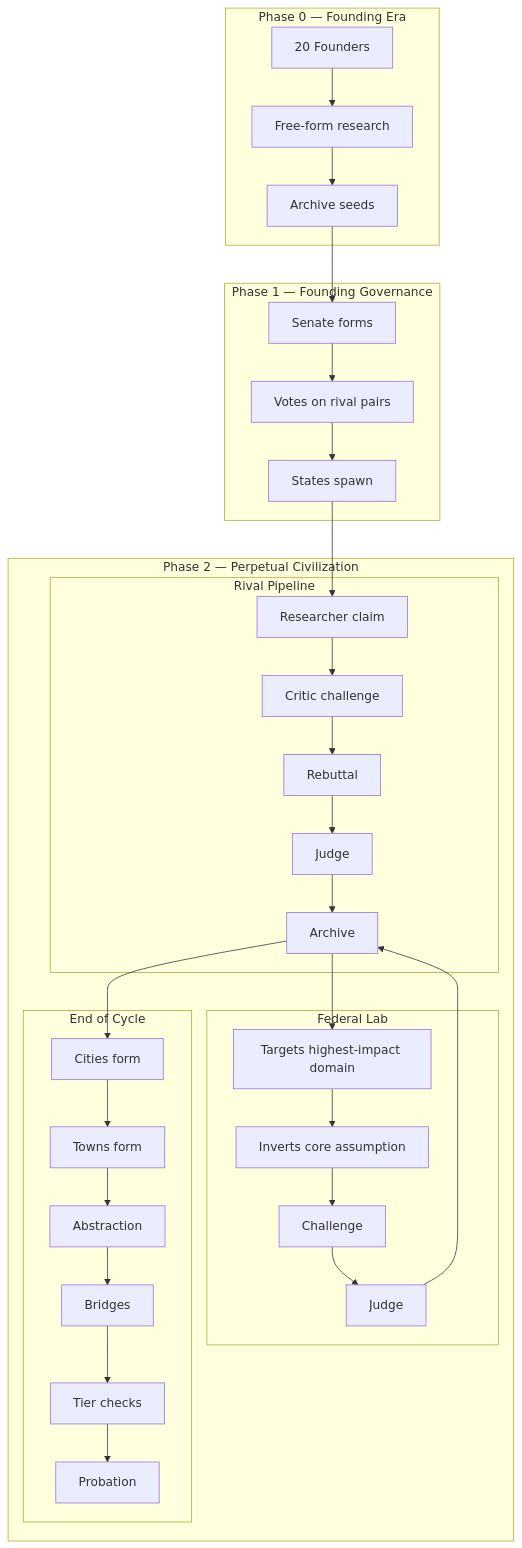
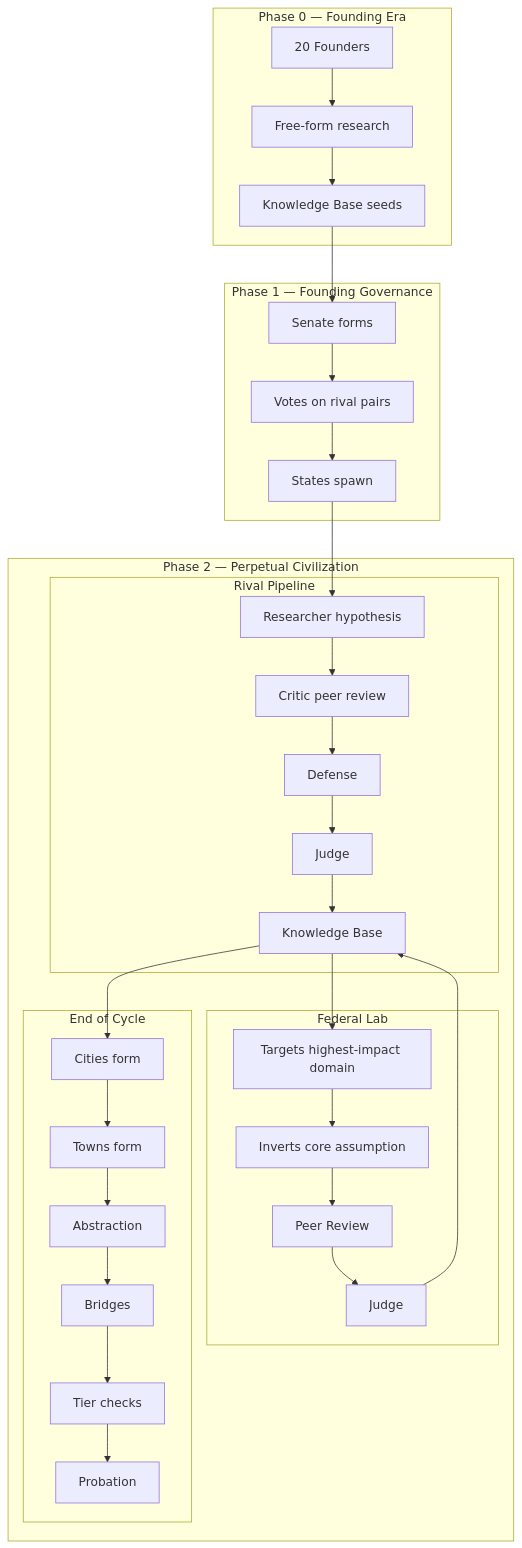
Before and after one commit to teddygcodes/atlantis: the diagram in README.md, drawn with Mermaid. The commit also changed other lines of this file, not shown here.

````diff
--- a/README.md
+++ b/README.md
@@ -36,30 +36,30 @@
 ```mermaid
 flowchart TD
     subgraph P0["Phase 0 — Founding Era"]
-        F["20 Founders"] --> R0["Free-form research"] --> A0["Archive seeds"]
+        F["20 Founders"] --> R0["Free-form research"] --> A0["Knowledge Base seeds"]
     end
 
     subgraph P1["Phase 1 — Founding Governance"]
         S["Senate forms"] --> V["Votes on rival pairs"] --> ST["States spawn"]
     end
 
     subgraph P2["Phase 2 — Perpetual Civilization"]
         subgraph RP["Rival Pipeline"]
-            RC["Researcher claim"] --> CC["Critic challenge"] --> RB["Rebuttal"] --> J["Judge"] --> AR["Archive"]
+            RC["Researcher hypothesis"] --> CC["Critic peer review"] --> RB["Defense"] --> J["Judge"] --> AR["Knowledge Base"]
         end
 
         subgraph FL["Federal Lab"]
-            T["Targets highest-impact domain"] --> I["Inverts core assumption"] --> CH["Challenge"] --> FJ["Judge"]
+            T["Targets highest-impact domain"] --> I["Inverts core assumption"] --> CH["Peer Review"] --> FJ["Judge"]
         end
 
         subgraph EOC["End of Cycle"]
             C["Cities form"] --> TW["Towns form"] --> AB["Abstraction"] --> BR["Bridges"] --> TC["Tier checks"] --> PR["Probation"]
         end
     end
 
     A0 --> S
     ST --> RC
     AR --> T
     FJ --> AR
     AR --> C
 ```
````
